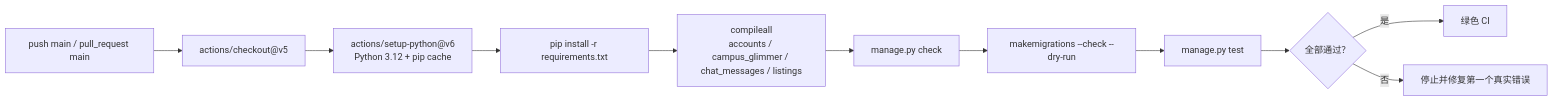
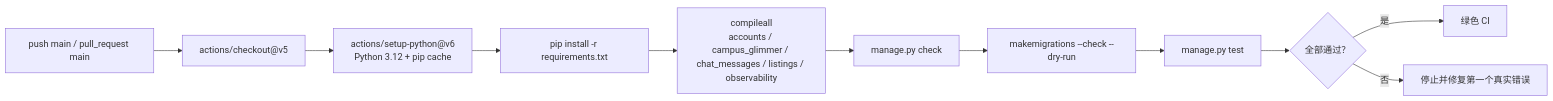
Before and after one commit to strawberry-little-bear/campus_glimmer: the diagram in .github/CI.md, drawn with Mermaid. The commit also changed other lines of this file and 9 other files, not shown here.

````diff
--- a/.github/CI.md
+++ b/.github/CI.md
@@ -17,13 +17,13 @@
 ```mermaid
 flowchart LR
     Push["push main / pull_request main"] --> Checkout["actions/checkout@v5"]
     Checkout --> Python["actions/setup-python@v6<br/>Python 3.12 + pip cache"]
     Python --> Install["pip install -r requirements.txt"]
-    Install --> Compile["compileall<br/>accounts / campus_glimmer / chat_messages / listings"]
+    Install --> Compile["compileall<br/>accounts / campus_glimmer / chat_messages / listings / observability"]
     Compile --> DjangoCheck["manage.py check"]
     DjangoCheck --> Migration["makemigrations --check --dry-run"]
     Migration --> Tests["manage.py test"]
     Tests --> Result{"全部通过？"}
     Result -->|是| Green["绿色 CI"]
     Result -->|否| Red["停止并修复第一个真实错误"]
 ```
````
